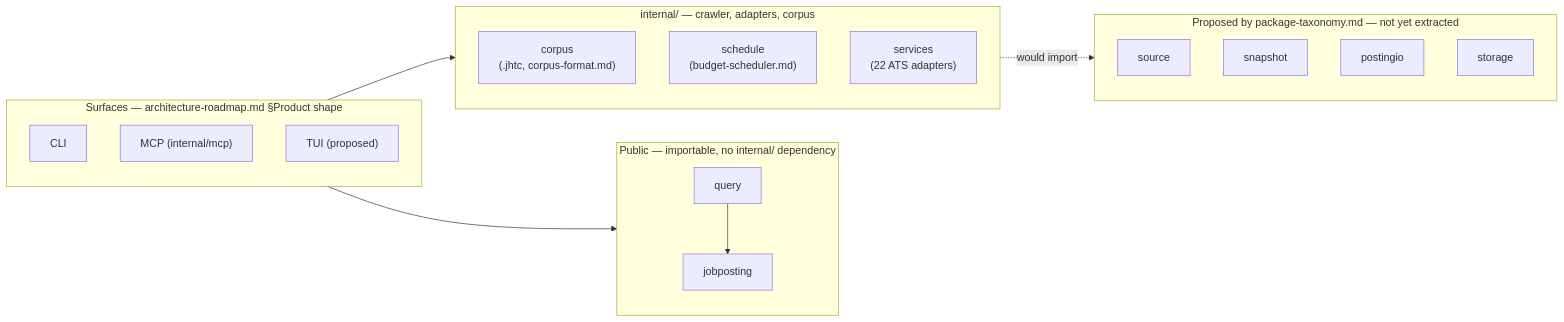
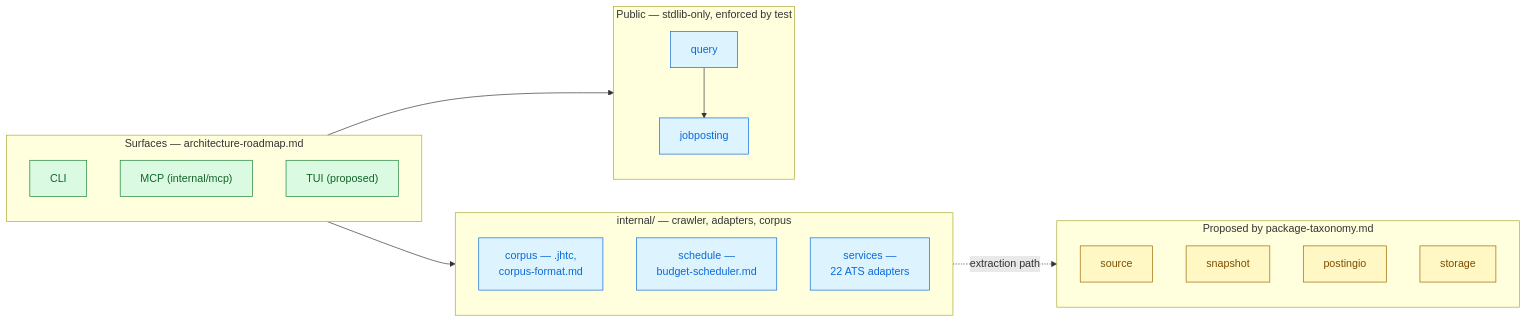
The diagram in docs/design/README.md (job-hunter-toolkit/job-hunter-toolkit), drawn with Mermaid before and after one commit. The commit also changed 5 other files, not shown here.

First line of the commit message:
docs/design: mermaid diagrams, status banners, drop ASCII art

````diff
--- a/docs/design/README.md
+++ b/docs/design/README.md
@@ -20,28 +20,32 @@
 ```mermaid
 flowchart LR
-    subgraph pub["Public — importable, no internal/ dependency"]
-        jp["jobposting"]
-        q["query"]
-    end
-    subgraph planned["Proposed by package-taxonomy.md — not yet extracted"]
-        src["source"]
-        snap["snapshot"]
-        pio["postingio"]
-        stor["storage"]
+    classDef impl fill:#ddf4ff,stroke:#0969da,color:#0969da
+    classDef proposed fill:#fff8c5,stroke:#9a6700,color:#7d4e00
+    classDef surface fill:#dafbe1,stroke:#1a7f37,color:#116329
+
+    subgraph surf["Surfaces — architecture-roadmap.md"]
+        cli["CLI"]:::surface
+        mcp["MCP (internal/mcp)"]:::surface
+        tui["TUI (proposed)"]:::surface
     end
     subgraph priv["internal/ — crawler, adapters, corpus"]
-        corpus["corpus\n(.jhtc, corpus-format.md)"]
-        sched["schedule\n(budget-scheduler.md)"]
-        services["services\n(22 ATS adapters)"]
+        corpus["corpus — .jhtc,<br/>corpus-format.md"]:::impl
+        sched["schedule —<br/>budget-scheduler.md"]:::impl
+        services["services —<br/>22 ATS adapters"]:::impl
     end
-    subgraph surf["Surfaces — architecture-roadmap.md §Product shape"]
-        cli["CLI"]
-        mcp["MCP (internal/mcp)"]
-        tui["TUI (proposed)"]
+    subgraph pub["Public — stdlib-only, enforced by test"]
+        q["query"]:::impl
+        jp["jobposting"]:::impl
+    end
+    subgraph planned["Proposed by package-taxonomy.md"]
+        src["source"]:::proposed
+        snap["snapshot"]:::proposed
+        pio["postingio"]:::proposed
+        stor["storage"]:::proposed
     end
 
-    q --> jp
-    priv -.->|would import| planned
     surf --> priv
     surf --> pub
+    q --> jp
+    priv -. "extraction path" .-> planned
 ```
````
